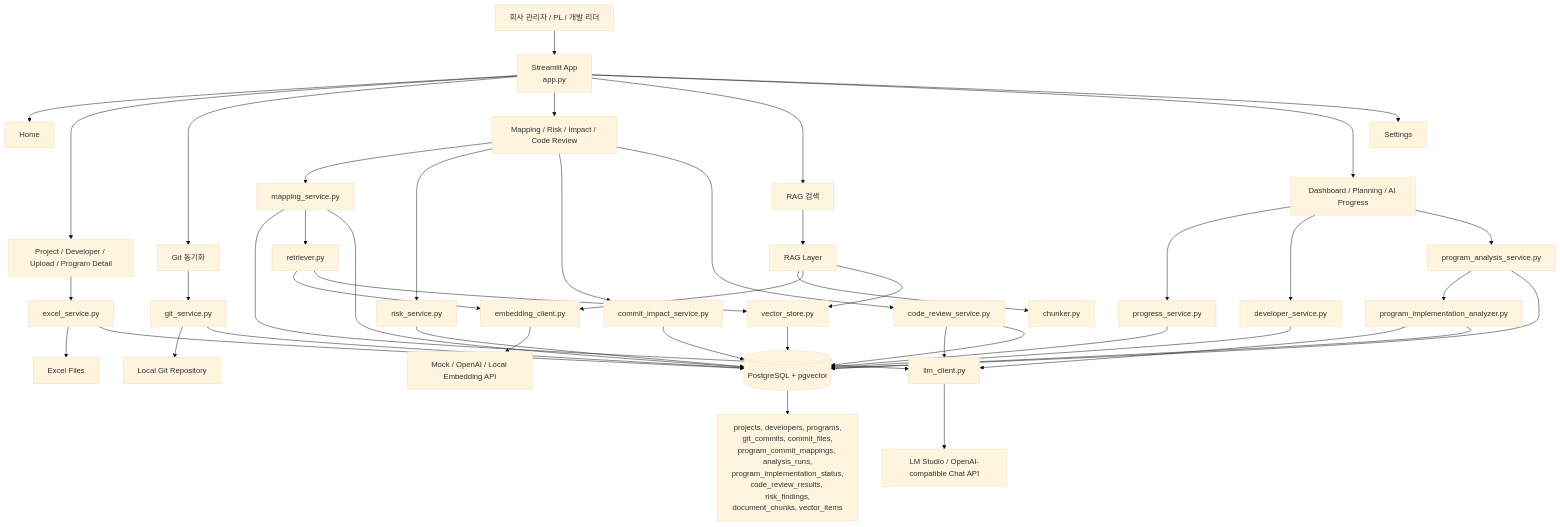
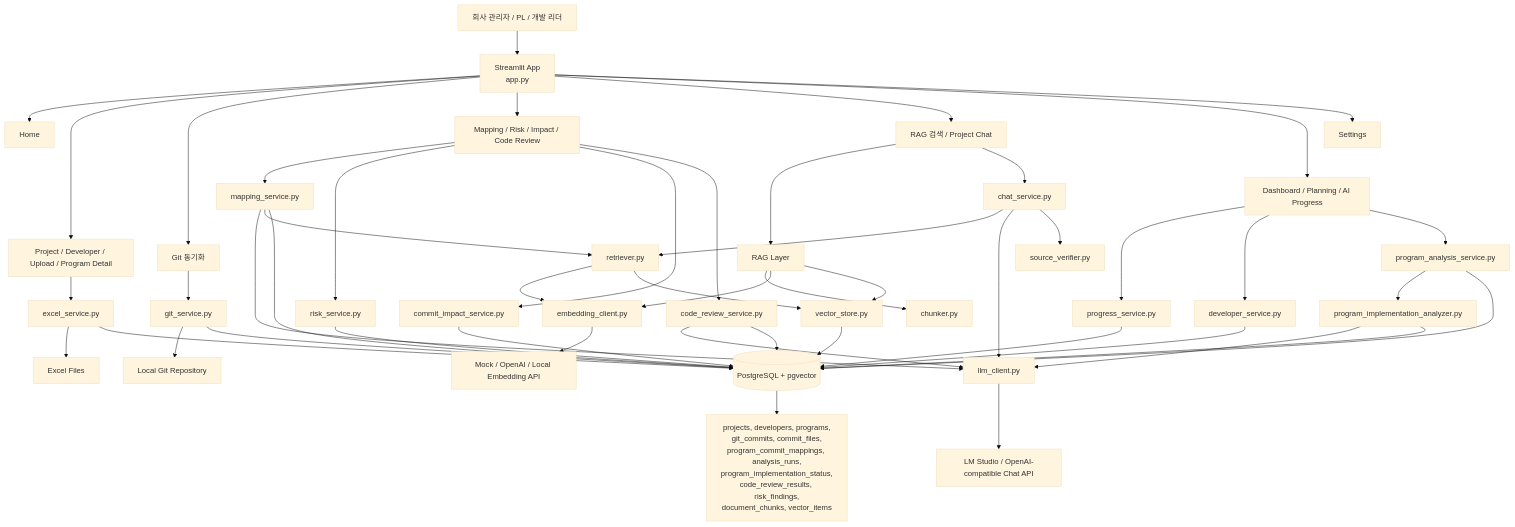
Before and after one commit to ino5/ai-commit-advisor-26: the first of 7 diagrams in README_ARCHITECTURE.md, drawn with Mermaid (base theme). The commit also changed other lines of this file and 4 other files, not shown here.

Commit message:
Add project chat documentation

````diff
--- a/README_ARCHITECTURE.md
+++ b/README_ARCHITECTURE.md
@@ -7,53 +7,57 @@
 ```mermaid
 flowchart TB
     User["회사 관리자 / PL / 개발 리더"] --> Streamlit["Streamlit App<br/>app.py"]
 
     Streamlit --> Home["Home"]
     Streamlit --> ProjectUI["Project / Developer / Upload / Program Detail"]
     Streamlit --> GitUI["Git 동기화"]
     Streamlit --> MappingUI["Mapping / Risk / Impact / Code Review"]
-    Streamlit --> RagUI["RAG 검색"]
+    Streamlit --> RagUI["RAG 검색 / Project Chat"]
     Streamlit --> DashboardUI["Dashboard / Planning / AI Progress"]
     Streamlit --> SettingsUI["Settings"]
 
     ProjectUI --> ExcelService["excel_service.py"]
     GitUI --> GitService["git_service.py"]
     MappingUI --> MappingService["mapping_service.py"]
     MappingUI --> RiskService["risk_service.py"]
     MappingUI --> ImpactService["commit_impact_service.py"]
     MappingUI --> CodeReviewService["code_review_service.py"]
     RagUI --> RagLayer["RAG Layer"]
+    RagUI --> ChatService["chat_service.py"]
     DashboardUI --> ProgressService["progress_service.py"]
     DashboardUI --> DeveloperService["developer_service.py"]
     DashboardUI --> ProgramAnalysisService["program_analysis_service.py"]
 
     MappingService --> LLMClient["llm_client.py"]
     CodeReviewService --> LLMClient
     ProgramAnalysisService --> ImplementationAnalyzer["program_implementation_analyzer.py"]
     ImplementationAnalyzer --> LLMClient
     MappingService --> Retriever["retriever.py"]
     Retriever --> EmbeddingClient["embedding_client.py"]
     Retriever --> VectorStore["vector_store.py"]
+    ChatService --> Retriever
+    ChatService --> LLMClient
+    ChatService --> SourceVerifier["source_verifier.py"]
     RagLayer --> Chunker["chunker.py"]
     RagLayer --> EmbeddingClient
     RagLayer --> VectorStore
 
     LLMClient --> LocalLLM["LM Studio / OpenAI-compatible Chat API"]
     EmbeddingClient --> EmbeddingAPI["Mock / OpenAI / Local Embedding API"]
     GitService --> LocalGit["Local Git Repository"]
     ExcelService --> ExcelFiles["Excel Files"]
 
     ExcelService --> DB[(PostgreSQL + pgvector)]
     GitService --> DB
     MappingService --> DB
     RiskService --> DB
     ImpactService --> DB
     CodeReviewService --> DB
     ProgressService --> DB
     DeveloperService --> DB
     ProgramAnalysisService --> DB
     ImplementationAnalyzer --> DB
     VectorStore --> DB
 
     DB --> Tables["projects, developers, programs,<br/>git_commits, commit_files,<br/>program_commit_mappings, analysis_runs,<br/>program_implementation_status,<br/>code_review_results, risk_findings,<br/>document_chunks, vector_items"]
 ```
````
